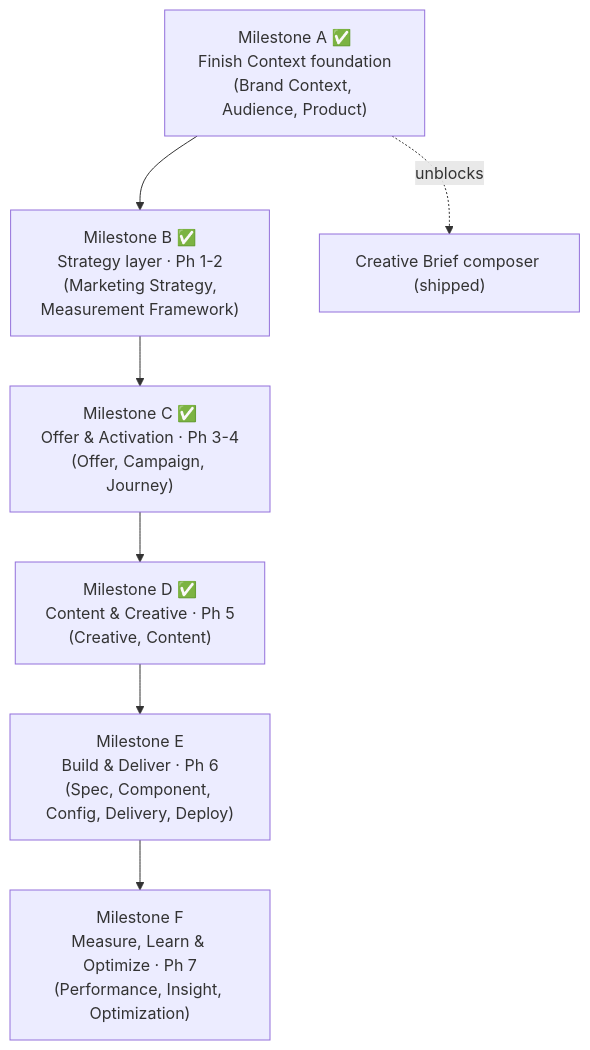
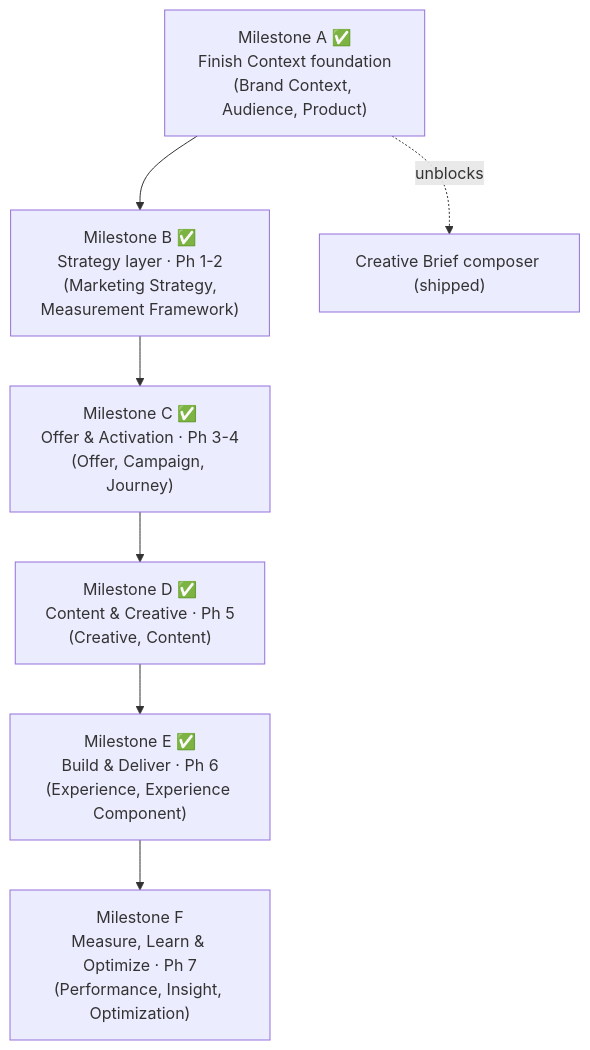
Before and after one commit to open-semantic-marketing-model/osmm: the diagram in roadmap/ROADMAP.md, drawn with Mermaid. The commit also changed other lines of this file and 19 other files, not shown here.

First line of the commit message:
Milestone E: collapse Phase 6 into Experience + Experience Component (22 -> 18)

````diff
--- a/roadmap/ROADMAP.md
+++ b/roadmap/ROADMAP.md
@@ -28,11 +28,11 @@
 ```mermaid
 flowchart TD
   A["Milestone A ✅<br/>Finish Context foundation<br/>(Brand Context, Audience, Product)"]
   B["Milestone B ✅<br/>Strategy layer · Ph 1-2<br/>(Marketing Strategy,<br/>Measurement Framework)"]
   C["Milestone C ✅<br/>Offer & Activation · Ph 3-4<br/>(Offer, Campaign, Journey)"]
   D["Milestone D ✅<br/>Content & Creative · Ph 5<br/>(Creative, Content)"]
-  E["Milestone E<br/>Build & Deliver · Ph 6<br/>(Spec, Component, Config, Delivery, Deploy)"]
+  E["Milestone E ✅<br/>Build & Deliver · Ph 6<br/>(Experience, Experience Component)"]
   F["Milestone F<br/>Measure, Learn & Optimize · Ph 7<br/>(Performance, Insight, Optimization)"]
   A --> B --> C --> D --> E --> F
   A -. "unblocks" .-> C01["Creative Brief composer (shipped)"]
 ```
````
